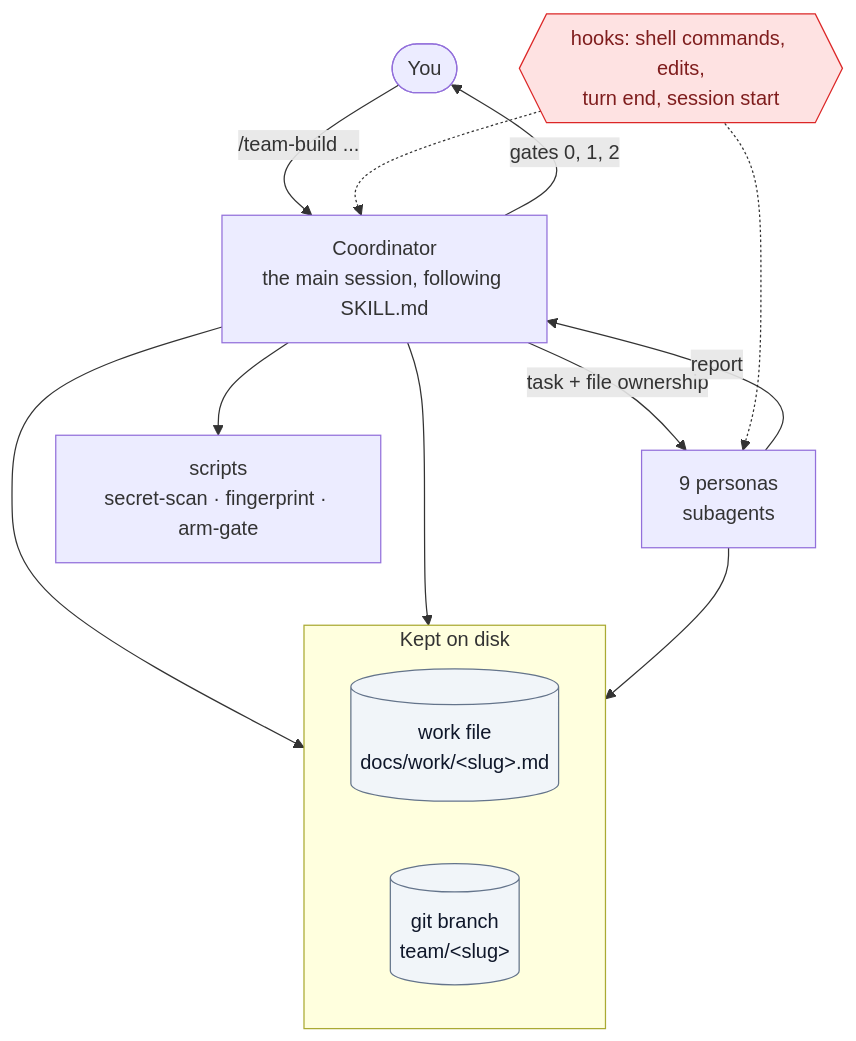
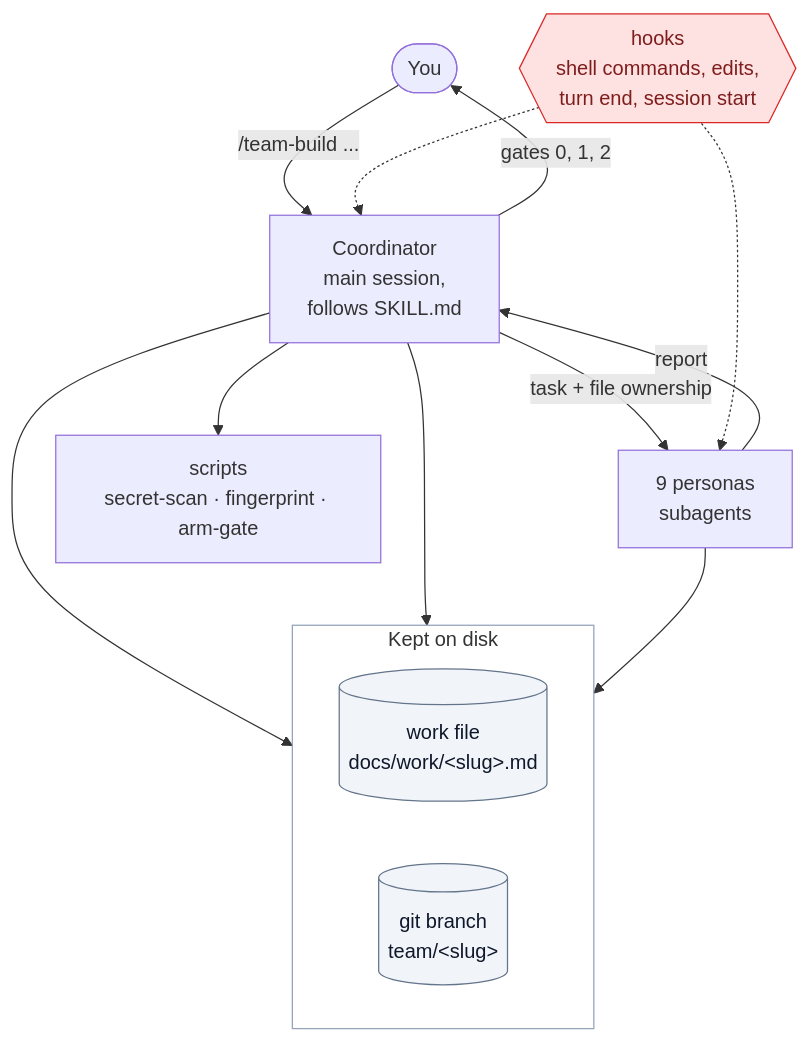
The first of 2 diagrams in docs/how-it-works.md (suryas91/claude-skills), drawn with Mermaid before and after one commit. The commit also changed other lines of this file and 19 other files, not shown here.

First line of the commit message:
Docs review round 2: complete undo, accurate history, installer robustness, cleaner diagrams

````diff
--- a/docs/how-it-works.md
+++ b/docs/how-it-works.md
@@ -7,21 +7,22 @@
 ```mermaid
 flowchart TB
-    U([You]) -- "/team-build ..." --> C[Coordinator<br/>the main session, following SKILL.md]
+    U([You]) -- "/team-build ..." --> C[Coordinator<br/>main session,<br/>follows SKILL.md]
     C -- "gates 0, 1, 2" --> U
     C -- "task + file ownership" --> P[9 personas<br/>subagents]
     P -- report --> C
     C --> S[scripts<br/>secret-scan · fingerprint · arm-gate]
     subgraph state [Kept on disk]
         direction LR
         W[(work file<br/>docs/work/&lt;slug&gt;.md)]
         G[(git branch<br/>team/&lt;slug&gt;)]
     end
     C --> W
     C --> G
     P --> G
-    H{{hooks: shell commands, edits,<br/>turn end, session start}} -.-> C & P
+    H{{hooks<br/>shell commands, edits,<br/>turn end, session start}} -.-> C & P
     classDef guard fill:#fee2e2,stroke:#dc2626,color:#7f1d1d
     classDef store fill:#f1f5f9,stroke:#64748b,color:#0f172a
     class H guard
     class W,G store
+    style state fill:transparent,stroke:#94a3b8
 ```
````
